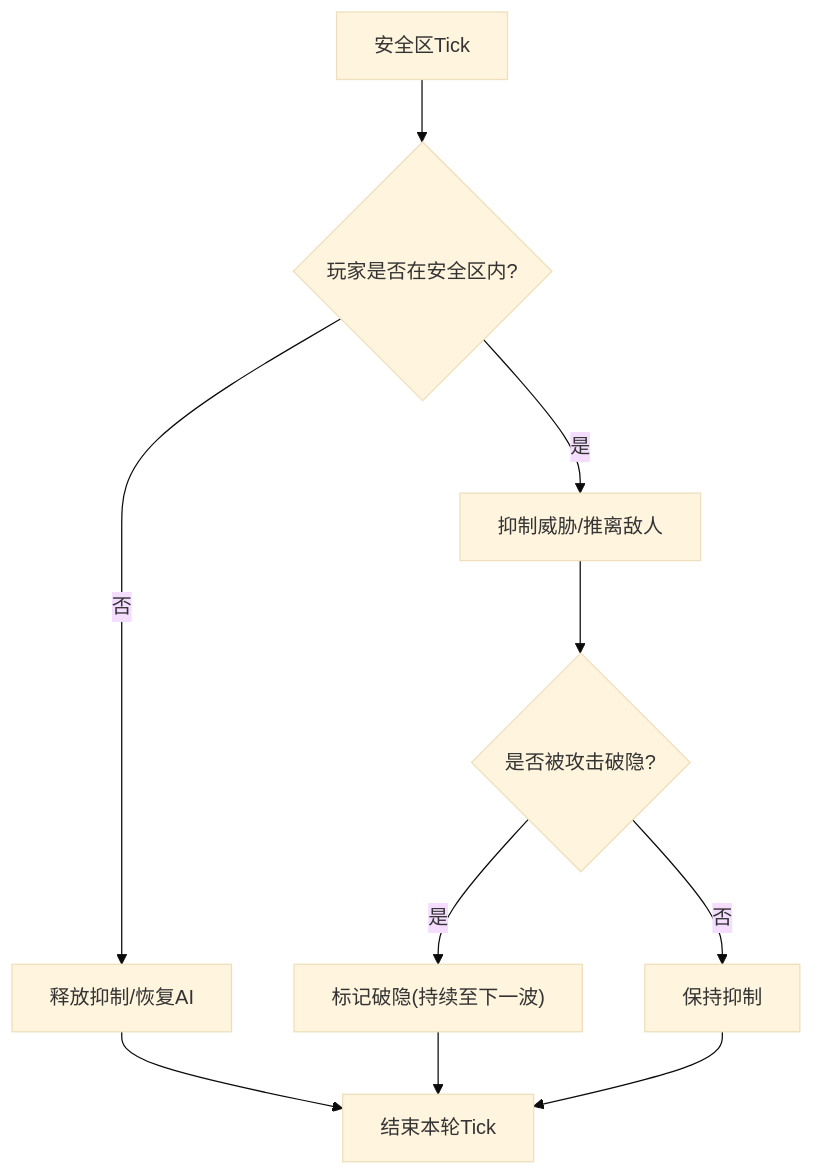
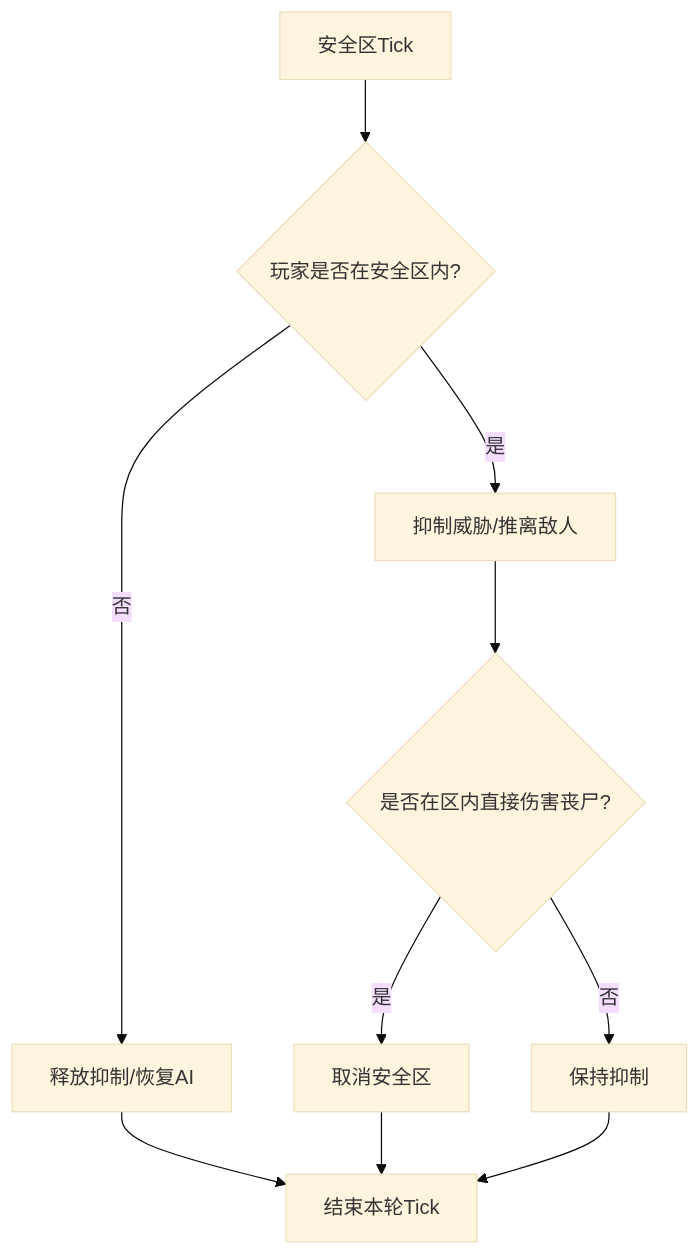
The eighth of 10 diagrams in .qoder/repowiki/zh/content/项目概览/核心功能特性/游戏模式系统/僵尸模式.md (GASEN1216/BossRushMod), drawn with Mermaid (base theme) before and after one commit. The commit also changed other lines of this file and 11 other files, not shown here.

````diff
--- a/.qoder/repowiki/zh/content/项目概览/核心功能特性/游戏模式系统/僵尸模式.md
+++ b/.qoder/repowiki/zh/content/项目概览/核心功能特性/游戏模式系统/僵尸模式.md
@@ -301,12 +302,12 @@
 ```mermaid
 flowchart TD
 SZStart["安全区Tick"] --> PlayerIn{"玩家是否在安全区内?"}
 PlayerIn --> |是| Suppress["抑制威胁/推离敌人"]
 PlayerIn --> |否| Release["释放抑制/恢复AI"]
-Suppress --> Stealth{"是否被攻击破隐?"}
-Stealth --> |是| Break["标记破隐(持续至下一波)"]
-Stealth --> |否| Keep["保持抑制"]
+Suppress --> Attack{"是否在区内直接伤害丧尸?"}
+Attack --> |是| Cancel["取消安全区"]
+Attack --> |否| Keep["保持抑制"]
 Release --> End["结束本轮Tick"]
-Break --> End
+Cancel --> End
 Keep --> End
 ```
````
